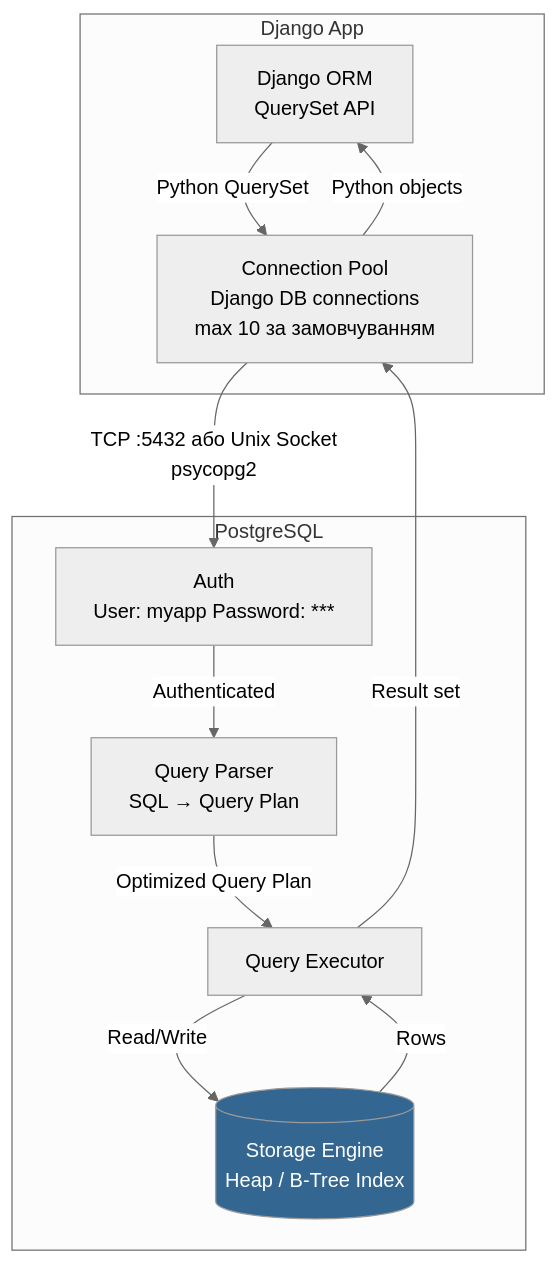
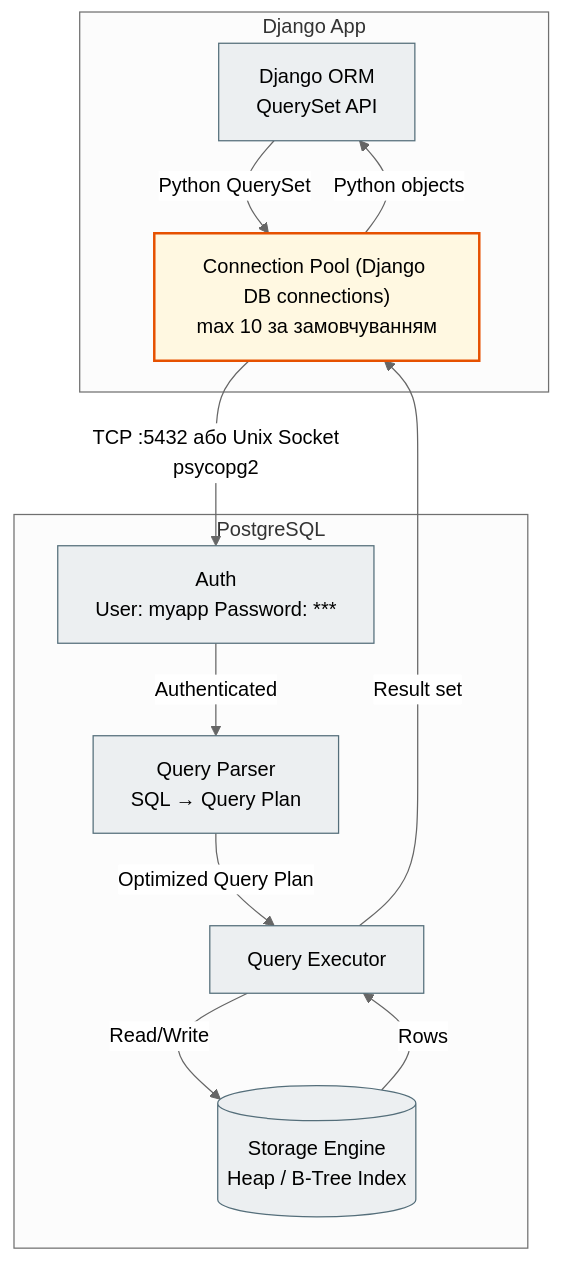
Before and after one commit to NikoriakViktot/notes_chat_app: diagram 14 of 19 in docs/02_django_core/django_mermaid_full.md, drawn with Mermaid (neutral theme). The commit also changed other lines of this file and 441 other files, not shown here.

First line of the commit message:
Add English version of the book, Mermaid standard, docs fixes

````diff
--- a/docs/02_django_core/django_mermaid_full.md
+++ b/docs/02_django_core/django_mermaid_full.md
@@ -408,25 +439,28 @@
 ```mermaid
 graph TD
     subgraph Django App
-        ORM[Django ORM\nQuerySet API]
-        Pool[Connection Pool\nDjango DB connections\nmax 10 за замовчуванням]
+        ORM["Django ORM<br>QuerySet API"]
+        Pool["Connection Pool (Django DB connections)<br>max 10 за замовчуванням"]
     end
 
     subgraph PostgreSQL
-        PG_Auth[Auth\nUser: myapp Password: ***]
-        PG_Parser[Query Parser\nSQL → Query Plan]
+        PG_Auth["Auth<br>User: myapp Password: ***"]
+        PG_Parser["Query Parser<br>SQL → Query Plan"]
         PG_Exec[Query Executor]
-        PG_Storage[(Storage Engine\nHeap / B-Tree Index)]
+        PG_Storage[("Storage Engine<br>Heap / B-Tree Index")]
     end
 
     ORM -->|Python QuerySet| Pool
-    Pool -->|TCP :5432 або Unix Socket\npsycopg2| PG_Auth
+    Pool -->|"TCP :5432 або Unix Socket<br>psycopg2"| PG_Auth
     PG_Auth -->|Authenticated| PG_Parser
     PG_Parser -->|Optimized Query Plan| PG_Exec
     PG_Exec -->|Read/Write| PG_Storage
     PG_Storage -->|Rows| PG_Exec
     PG_Exec -->|Result set| Pool
     Pool -->|Python objects| ORM
 
-    style PG_Storage fill:#336791,color:#fff
+    classDef step     fill:#eceff1,stroke:#546e7a,stroke-width:1px;
+    classDef warning  fill:#fff8e1,stroke:#e65100,stroke-width:2px;
+    class ORM,PG_Auth,PG_Parser,PG_Exec,PG_Storage step;
+    class Pool warning;
 ```
````
